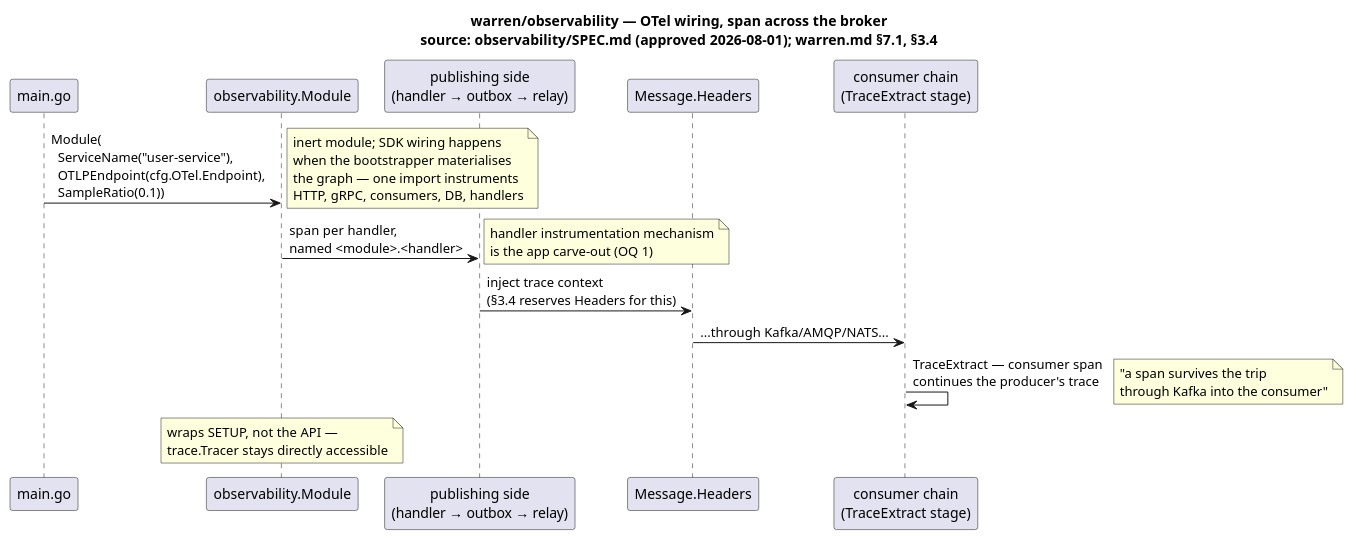
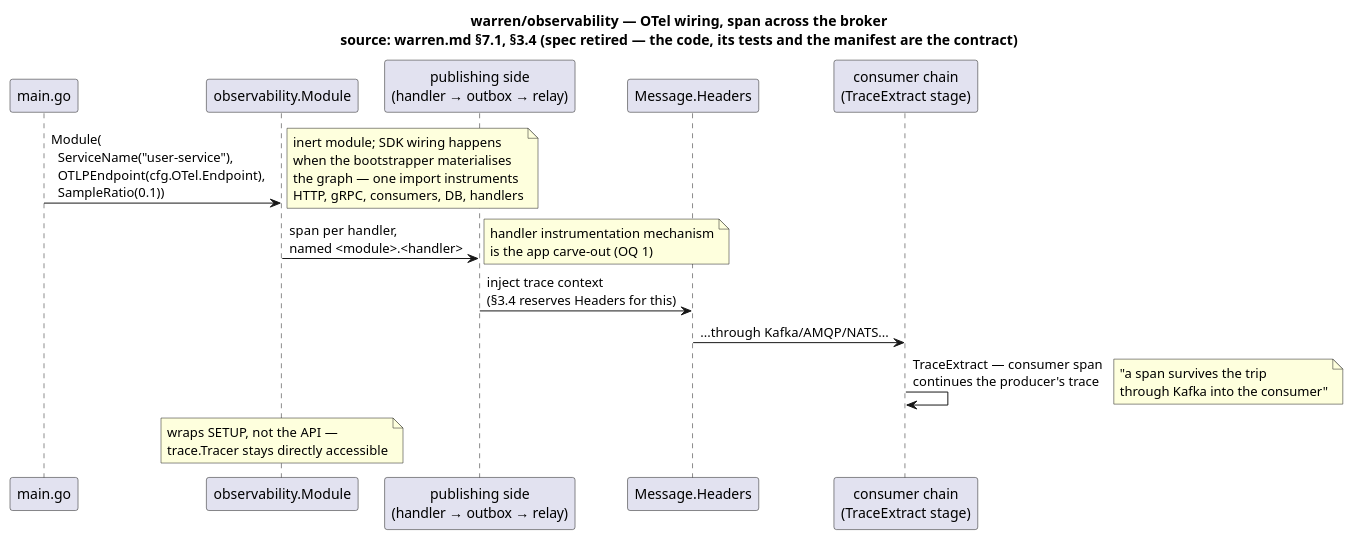
Before and after one commit to MerseniBilel/warren: the diagram in docs/assets/observability-usage.puml, drawn with PlantUML. The commit also changed 28 other files, not shown here.

```diff
--- a/docs/assets/observability-usage.puml
+++ b/docs/assets/observability-usage.puml
@@ -1,21 +1,21 @@
 @startuml observability-usage
-title warren/observability — OTel wiring, span across the broker\nsource: observability/SPEC.md (approved 2026-08-01); warren.md §7.1, §3.4
+title warren/observability — OTel wiring, span across the broker\nsource: warren.md §7.1, §3.4 (spec retired — the code, its tests and the manifest are the contract)
 
 participant "main.go" as main
 participant "observability.Module" as obs
 participant "publishing side\n(handler → outbox → relay)" as producer
 participant "Message.Headers" as headers
 participant "consumer chain\n(TraceExtract stage)" as consumer
 
 main -> obs : Module(\n  ServiceName("user-service"),\n  OTLPEndpoint(cfg.OTel.Endpoint),\n  SampleRatio(0.1))
 note right : inert module; SDK wiring happens\nwhen the bootstrapper materialises\nthe graph — one import instruments\nHTTP, gRPC, consumers, DB, handlers
 
 obs -> producer : span per handler,\nnamed <module>.<handler>
 note right : handler instrumentation mechanism\nis the app carve-out (OQ 1)
 producer -> headers : inject trace context\n(§3.4 reserves Headers for this)
 headers -> consumer : ...through Kafka/AMQP/NATS...
 consumer -> consumer : TraceExtract — consumer span\ncontinues the producer's trace
 note right : "a span survives the trip\nthrough Kafka into the consumer"
 
 note over obs : wraps SETUP, not the API —\ntrace.Tracer stays directly accessible
 @enduml
```
